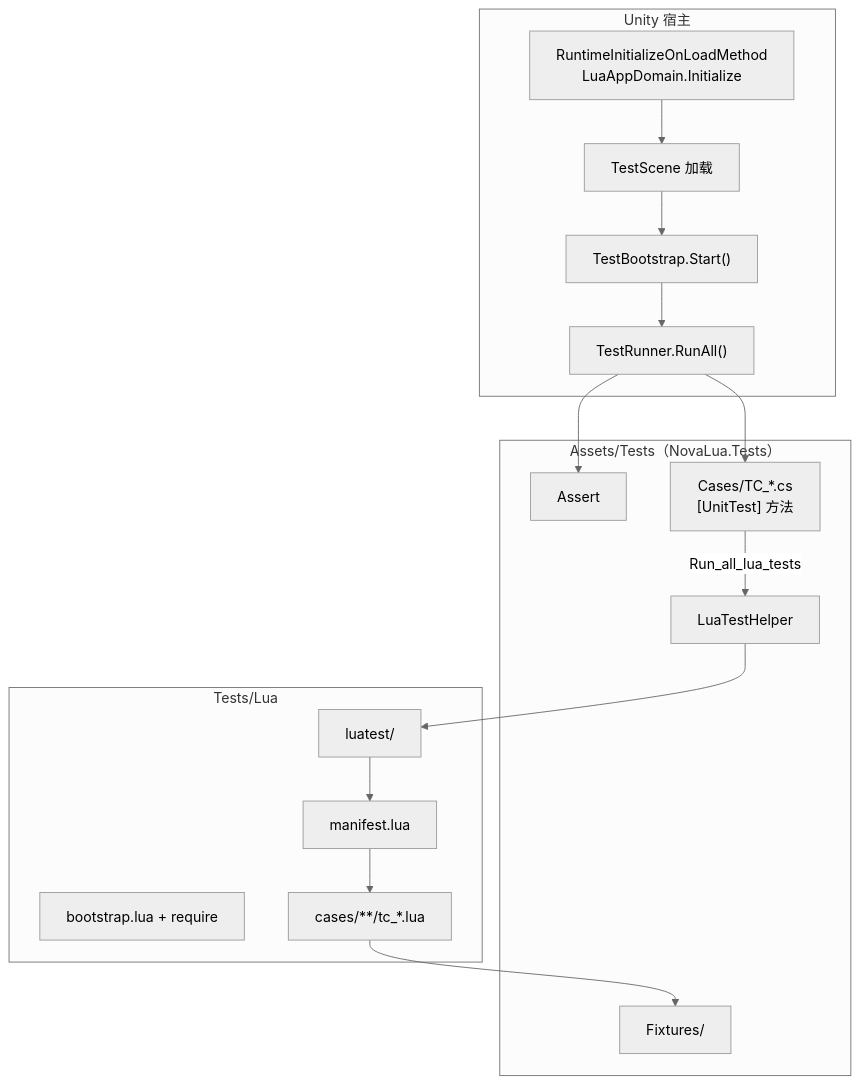
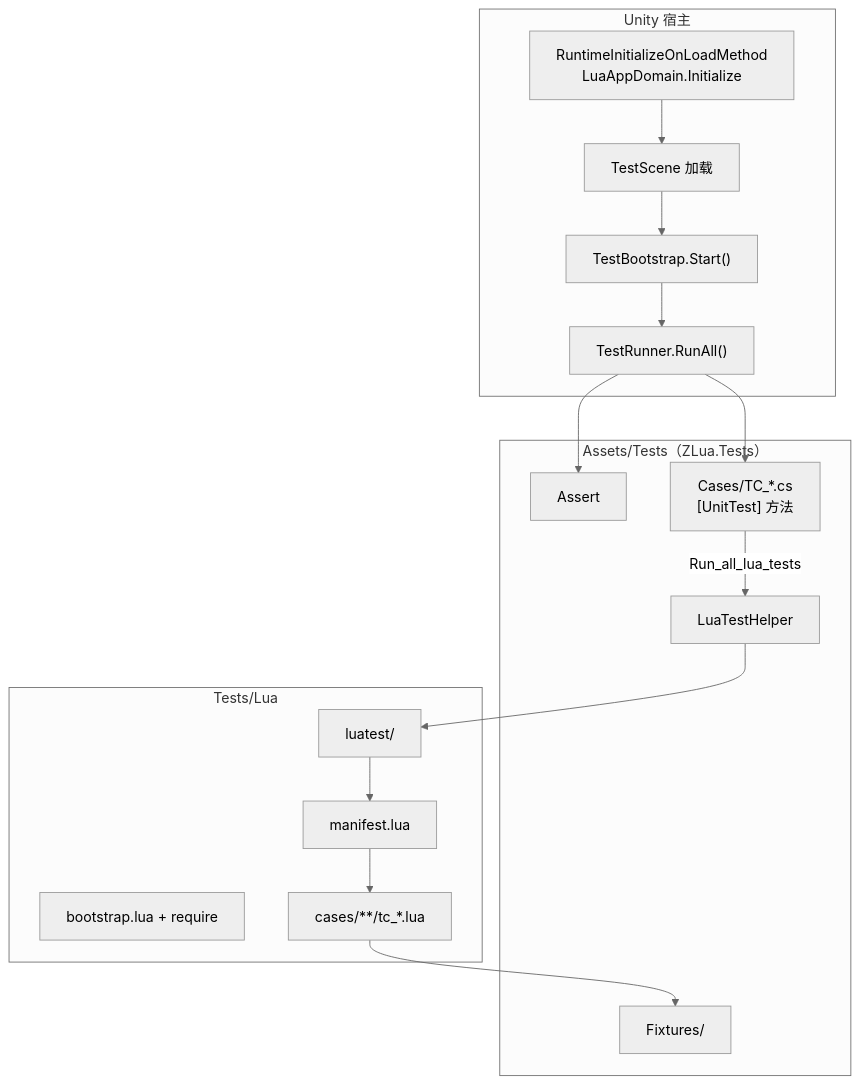
The diagram in Docs/TEST_FRAMEWORK.md (focus-creative-games/zlua), drawn with Mermaid (neutral theme) before and after one commit. The commit also changed other lines of this file and 1057 other files, not shown here.

Commit message:
rename NovaLua to ZLua

````diff
--- a/Docs/TEST_FRAMEWORK.md
+++ b/Docs/TEST_FRAMEWORK.md
@@ -86,31 +86,31 @@
 ```mermaid
 flowchart TB
     subgraph Unity["Unity 宿主"]
         Init["RuntimeInitializeOnLoadMethod\nLuaAppDomain.Initialize"]
         Scene["TestScene 加载"]
         TB["TestBootstrap.Start()"]
         TR["TestRunner.RunAll()"]
     end
 
-    subgraph CS["Assets/Tests（NovaLua.Tests）"]
+    subgraph CS["Assets/Tests（ZLua.Tests）"]
         Assert["Assert"]
         Cases["Cases/TC_*.cs\n[UnitTest] 方法"]
         Fix["Fixtures/"]
         LTH["LuaTestHelper"]
     end
 
     subgraph Lua["Tests/Lua"]
         Boot["bootstrap.lua + require"]
         LT["luatest/"]
         Manifest["manifest.lua"]
         Scripts["cases/**/tc_*.lua"]
     end
 
     Init --> Scene --> TB --> TR
     TR --> Cases
     Cases -->|"Run_all_lua_tests"| LTH
     LTH --> LT
     LT --> Manifest --> Scripts
     Scripts --> Fix
     TR --> Assert
 ```
````
